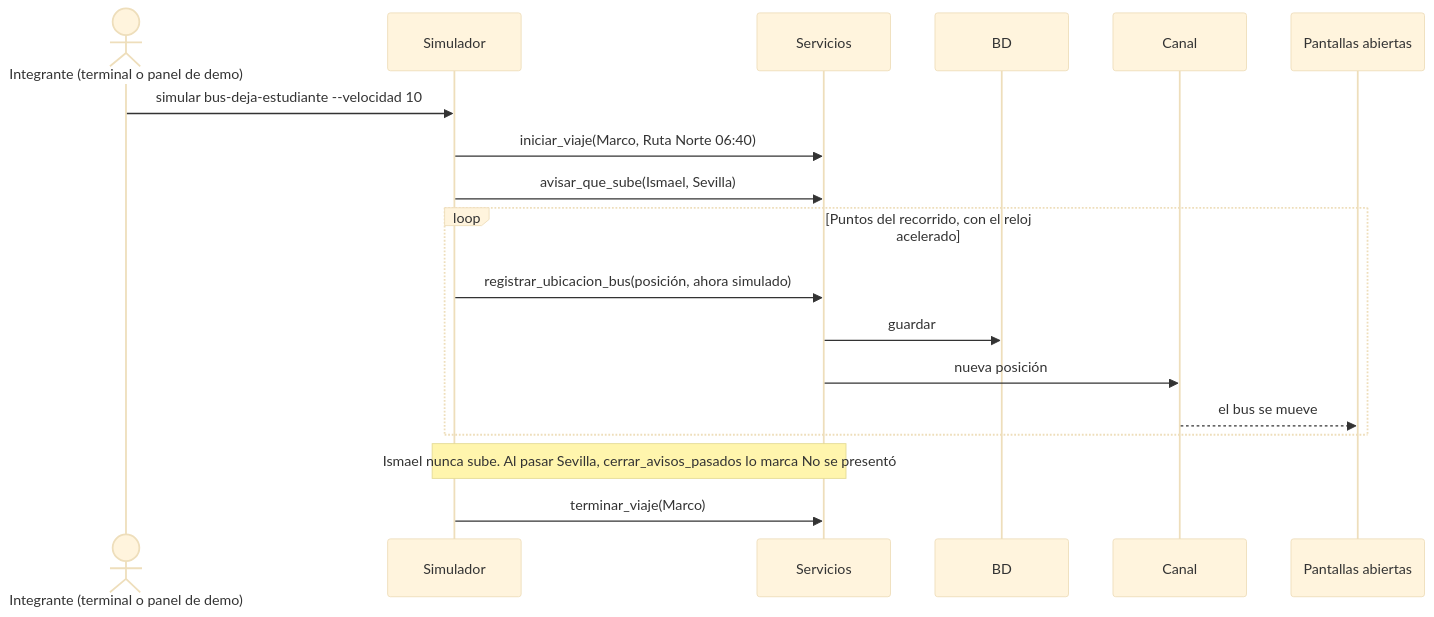
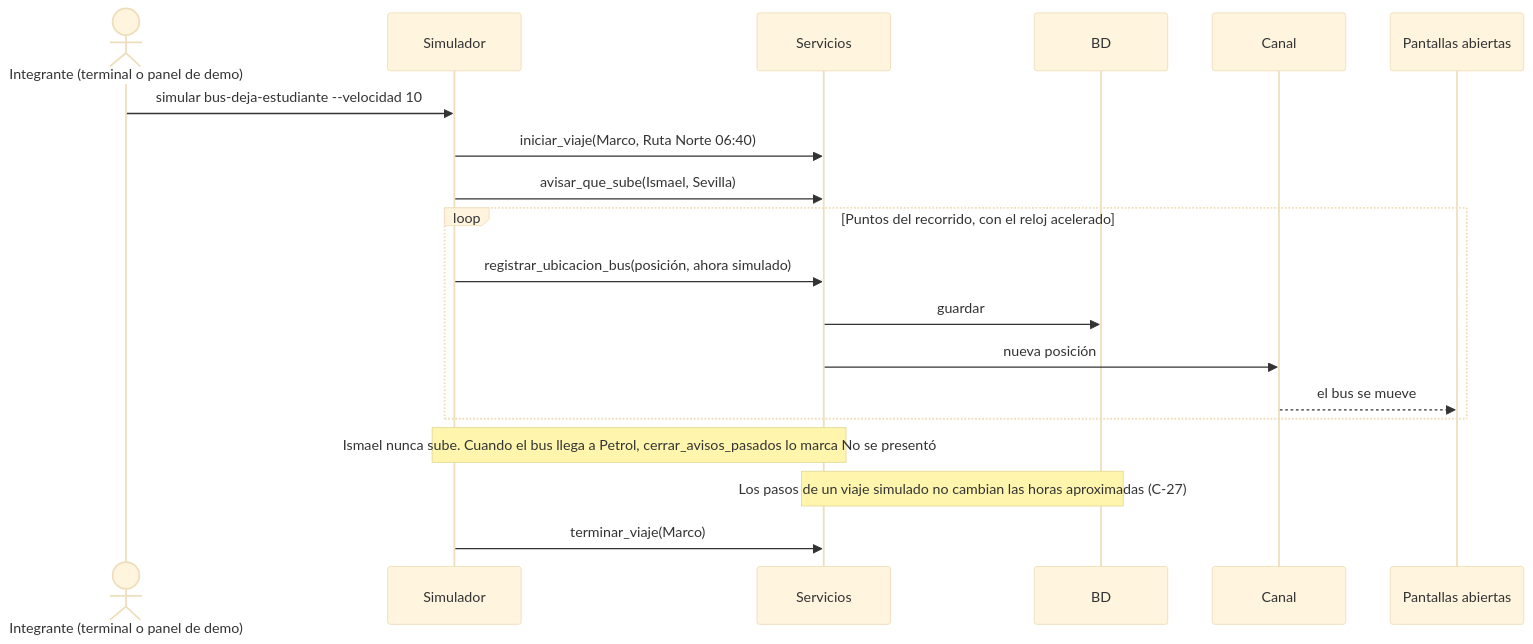
One commit to hugozuniga770/UPBus changed diagram 19 of 19 in docs/diagramas-secuencia.md. Above: the diagram before and after it, drawn with Mermaid (base theme). The commit also changed other lines of this file and 8 other files, not shown here.

````diff
--- a/docs/diagramas-secuencia.md
+++ b/docs/diagramas-secuencia.md
@@ -524,20 +558,21 @@
 ```mermaid
 sequenceDiagram
     actor D as Integrante (terminal o panel de demo)
     participant Sim as Simulador
     participant S as Servicios
     participant B as BD
     participant W as Canal
     participant FE as Pantallas abiertas
     D->>Sim: simular bus-deja-estudiante --velocidad 10
     Sim->>S: iniciar_viaje(Marco, Ruta Norte 06:40)
     Sim->>S: avisar_que_sube(Ismael, Sevilla)
     loop Puntos del recorrido, con el reloj acelerado
         Sim->>S: registrar_ubicacion_bus(posición, ahora simulado)
         S->>B: guardar
         S->>W: nueva posición
         W-->>FE: el bus se mueve
     end
-    Note over Sim,S: Ismael nunca sube. Al pasar Sevilla, cerrar_avisos_pasados lo marca No se presentó
+    Note over Sim,S: Ismael nunca sube. Cuando el bus llega a Petrol, cerrar_avisos_pasados lo marca No se presentó
+    Note over S,B: Los pasos de un viaje simulado no cambian las horas aproximadas (C-27)
     Sim->>S: terminar_viaje(Marco)
 ```
````
